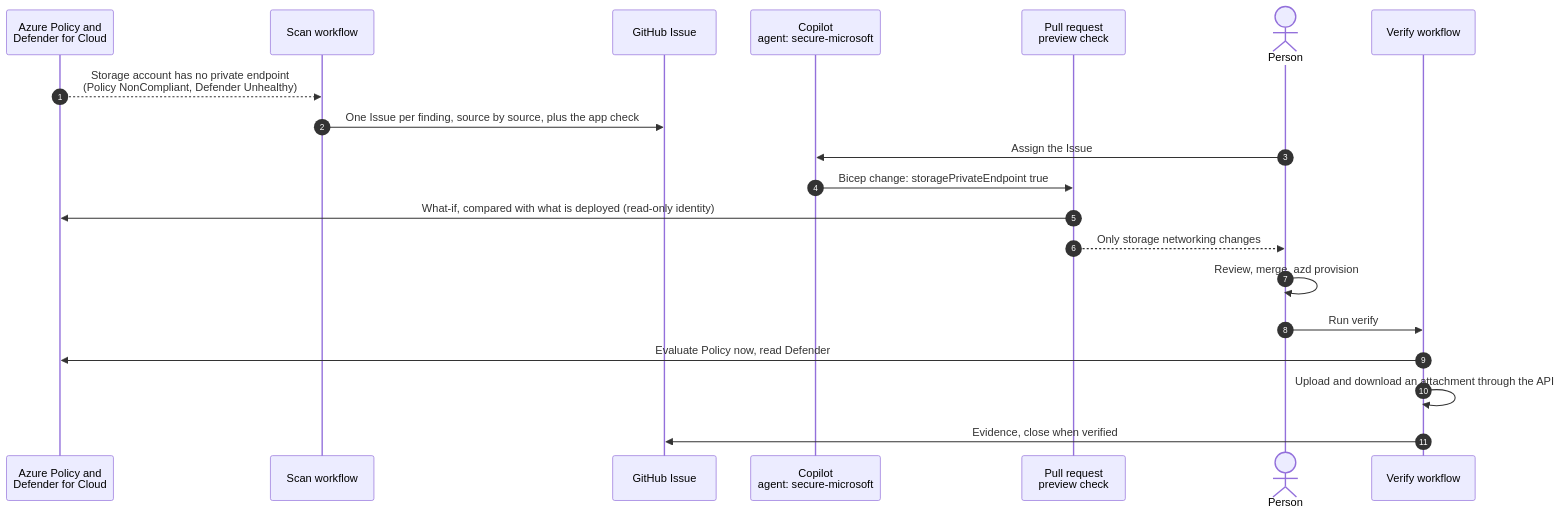
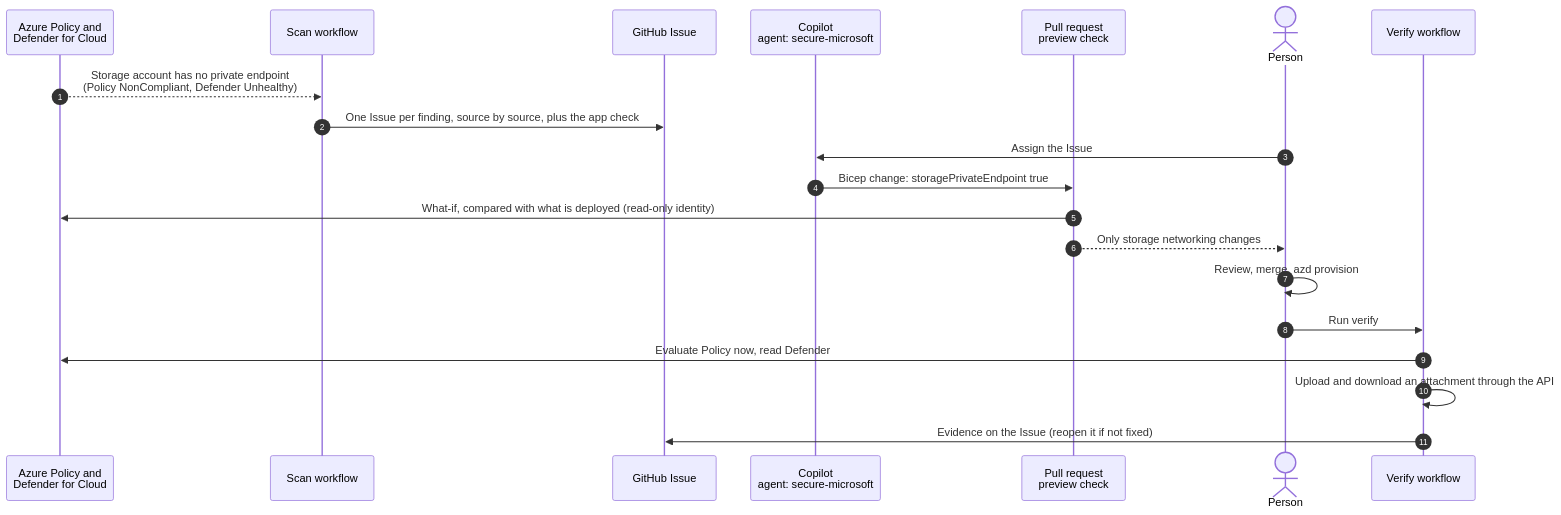
Before and after one commit to melabadi/adept-assessment-northstars: the diagram in solutions/05-secure-microsoft/README.md, drawn with Mermaid. The commit also changed other lines of this file and 5 other files, not shown here.

````diff
--- a/solutions/05-secure-microsoft/README.md
+++ b/solutions/05-secure-microsoft/README.md
@@ -19,22 +19,22 @@
 ```mermaid
 sequenceDiagram
   autonumber
   participant AZ as Azure Policy and<br/>Defender for Cloud
   participant S as Scan workflow
   participant I as GitHub Issue
   participant C as Copilot<br/>agent: secure-microsoft
   participant P as Pull request<br/>preview check
   actor H as Person
   participant V as Verify workflow
   AZ-->>S: Storage account has no private endpoint<br/>(Policy NonCompliant, Defender Unhealthy)
   S->>I: One Issue per finding, source by source, plus the app check
   H->>C: Assign the Issue
   C->>P: Bicep change: storagePrivateEndpoint true
   P->>AZ: What-if, compared with what is deployed (read-only identity)
   P-->>H: Only storage networking changes
   H->>H: Review, merge, azd provision
   H->>V: Run verify
   V->>AZ: Evaluate Policy now, read Defender
   V->>V: Upload and download an attachment through the API
-  V->>I: Evidence, close when verified
+  V->>I: Evidence on the Issue (reopen it if not fixed)
 ```
````
